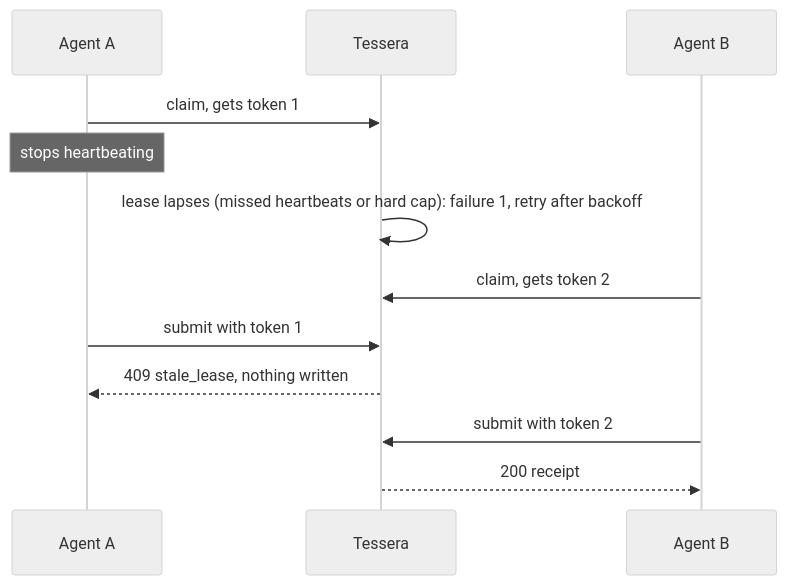
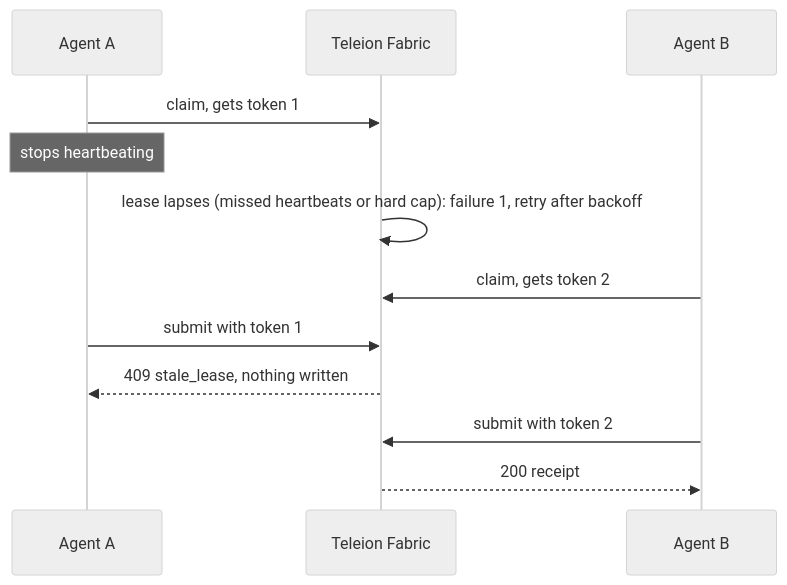
The fourth of 5 diagrams in docs/architecture.md (ta-amps/teleion-fabric-infrastructure-work-and-storage-engine), drawn with Mermaid (neutral theme) before and after one commit. The commit also changed other lines of this file and 36 other files, not shown here.

Commit message:
README and docs say Teleion Fabric in prose; See it, Limits and agent snippet

````diff
--- a/docs/architecture.md
+++ b/docs/architecture.md
@@ -153,14 +153,14 @@
 ```mermaid
 sequenceDiagram
   participant A as Agent A
-  participant T as Tessera
+  participant T as Teleion Fabric
   participant B as Agent B
   A->>T: claim, gets token 1
   Note over A: stops heartbeating
   T->>T: lease lapses (missed heartbeats or hard cap): failure 1, retry after backoff
   B->>T: claim, gets token 2
   A->>T: submit with token 1
   T-->>A: 409 stale_lease, nothing written
   B->>T: submit with token 2
   T-->>B: 200 receipt
 ```
````
